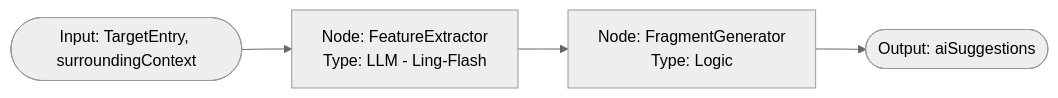
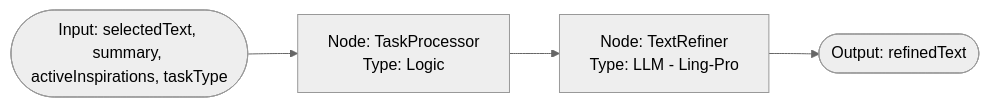
One commit to cafe3310/ling-open-studio changed the fifth of 5 diagrams in docs/2026-02-14-21-30-架构设计-ModelWrite智能体流程与模型选型.md. Above: the diagram before and after it, drawn with Mermaid (neutral theme). The commit also changed other lines of this file, not shown here.

Commit message:
docs(write): update Model Write architecture document with refined agent processes and model selection criteria

````diff
--- a/docs/2026-02-14-21-30-架构设计-ModelWrite智能体流程与模型选型.md
+++ b/docs/2026-02-14-21-30-架构设计-ModelWrite智能体流程与模型选型.md
@@ -143,8 +163,8 @@
 ```mermaid
 graph LR
-    Input([Input: TargetEntry, surroundingContext]) --> Extractor[Node: FeatureExtractor
-Type: LLM - Ling-Flash]
-    Extractor --> Formatter[Node: FragmentGenerator
+    Input([Input: selectedText, summary, activeInspirations, taskType]) --> Processor[Node: TaskProcessor
 Type: Logic]
-    Formatter --> Output([Output: aiSuggestions])
+    Processor --> Refiner[Node: TextRefiner
+Type: LLM - Ling-Pro]
+    Refiner --> Output([Output: refinedText])
 ```
````
